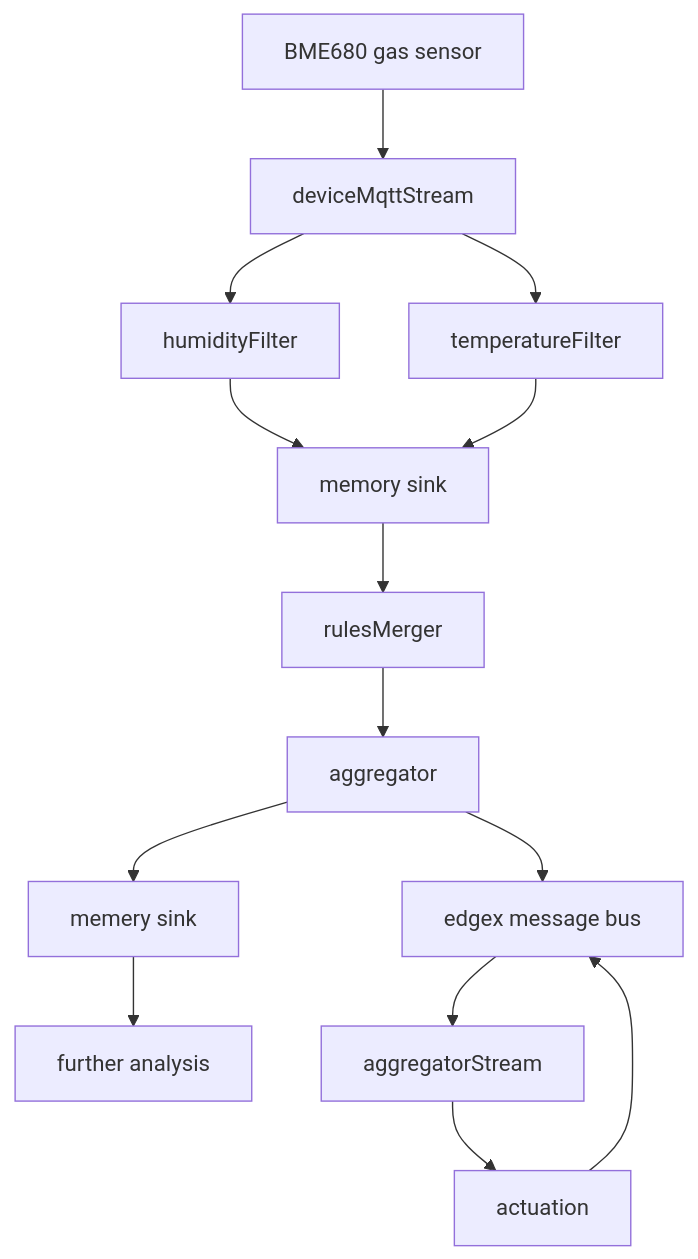
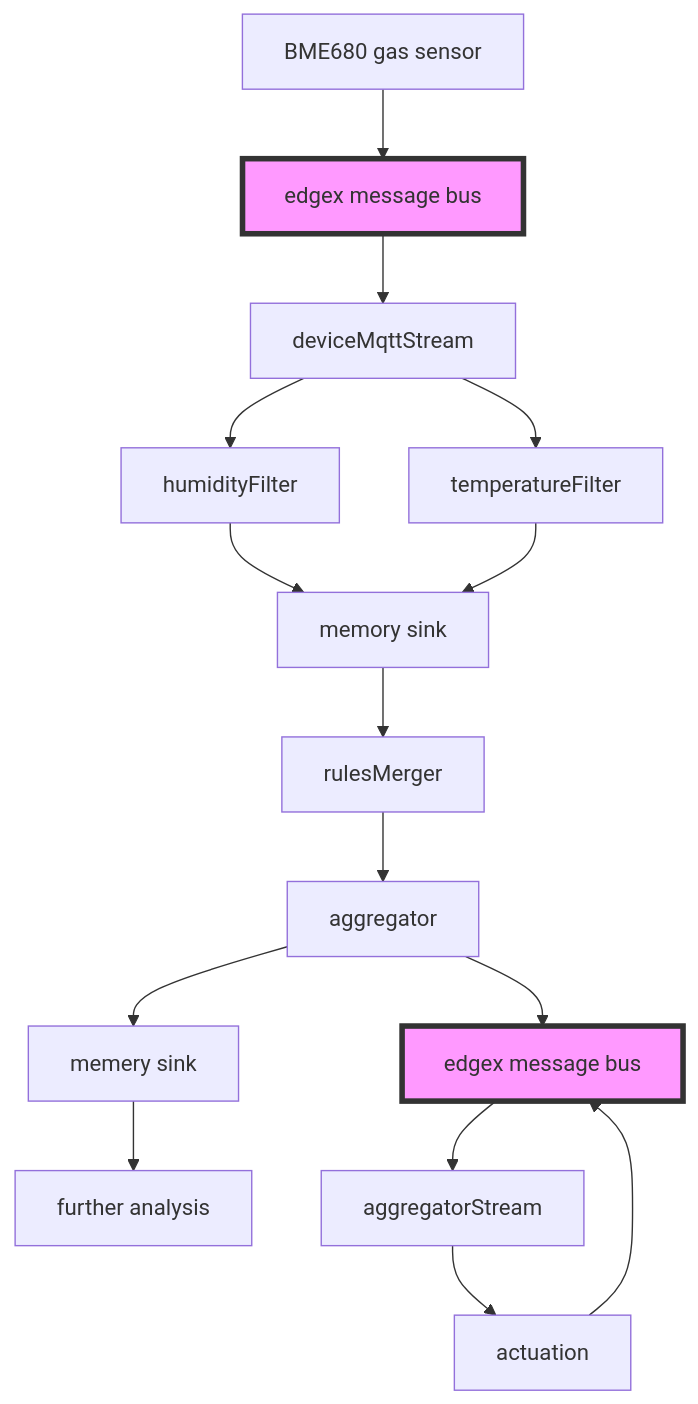
Before and after one commit to canonical/edgex-demos: the diagram in temperature-controller/README.md, drawn with Mermaid.

Commit message:
Add edgex message bus in diagram

````diff
--- a/temperature-controller/README.md
+++ b/temperature-controller/README.md
@@ -77,18 +77,20 @@
 ```mermaid
 graph TD
-    A[BME680 gas sensor] --> B[deviceMqttStream]
+    A[BME680 gas sensor] --> I.1[edgex message bus] --> B[deviceMqttStream]
     B --> C[humidityFilter]
     B --> D[temperatureFilter]
     C --> E[memory sink]
     
     D --> E
     E --> F[rulesMerger]
     F --> G[aggregator]
     G --> H[memery sink]
     
     H --> J[further analysis]
-    G --> I[edgex message bus]
-    I --> K[aggregatorStream]
+    G --> I.2[edgex message bus]
+    I.2 --> K[aggregatorStream]
     K --> L[actuation] 
-    L --> I[edgex message bus]
+    L --> I.2
+style I.1 fill:#f9f,stroke:#333,stroke-width:4px
+style I.2 fill:#f9f,stroke:#333,stroke-width:4px
 ```
````
